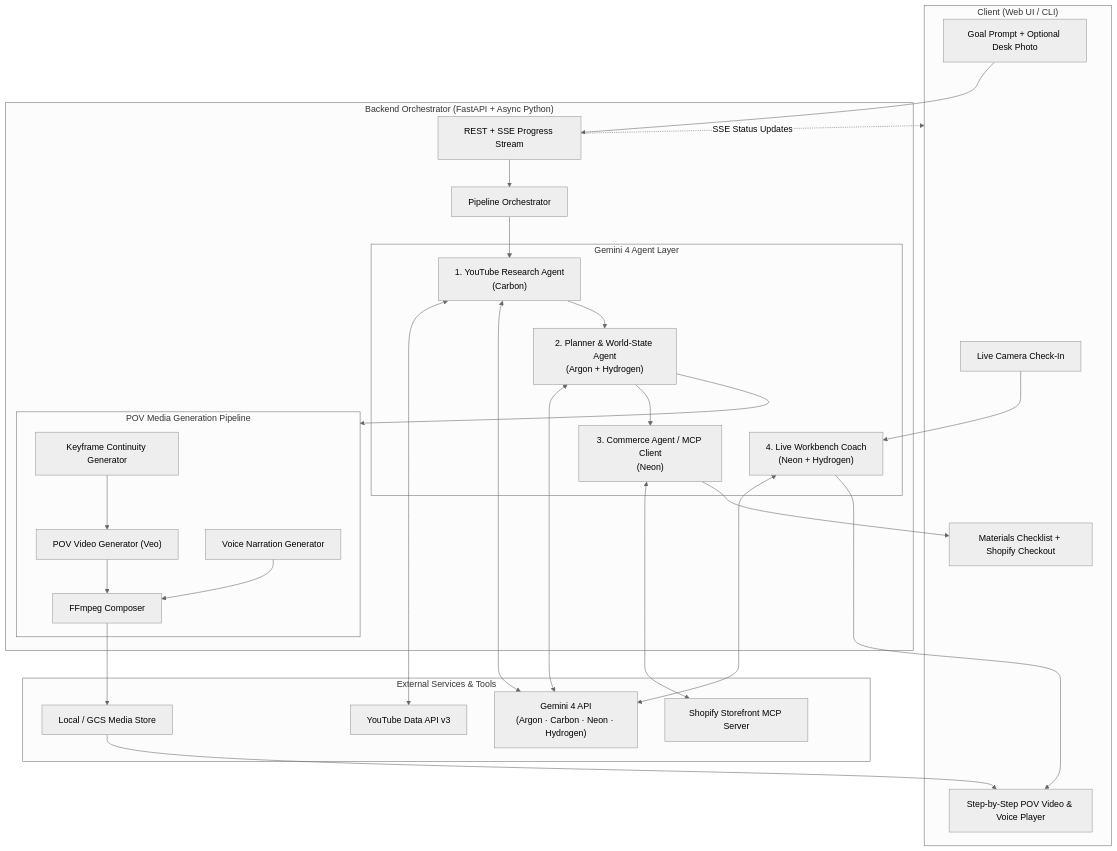
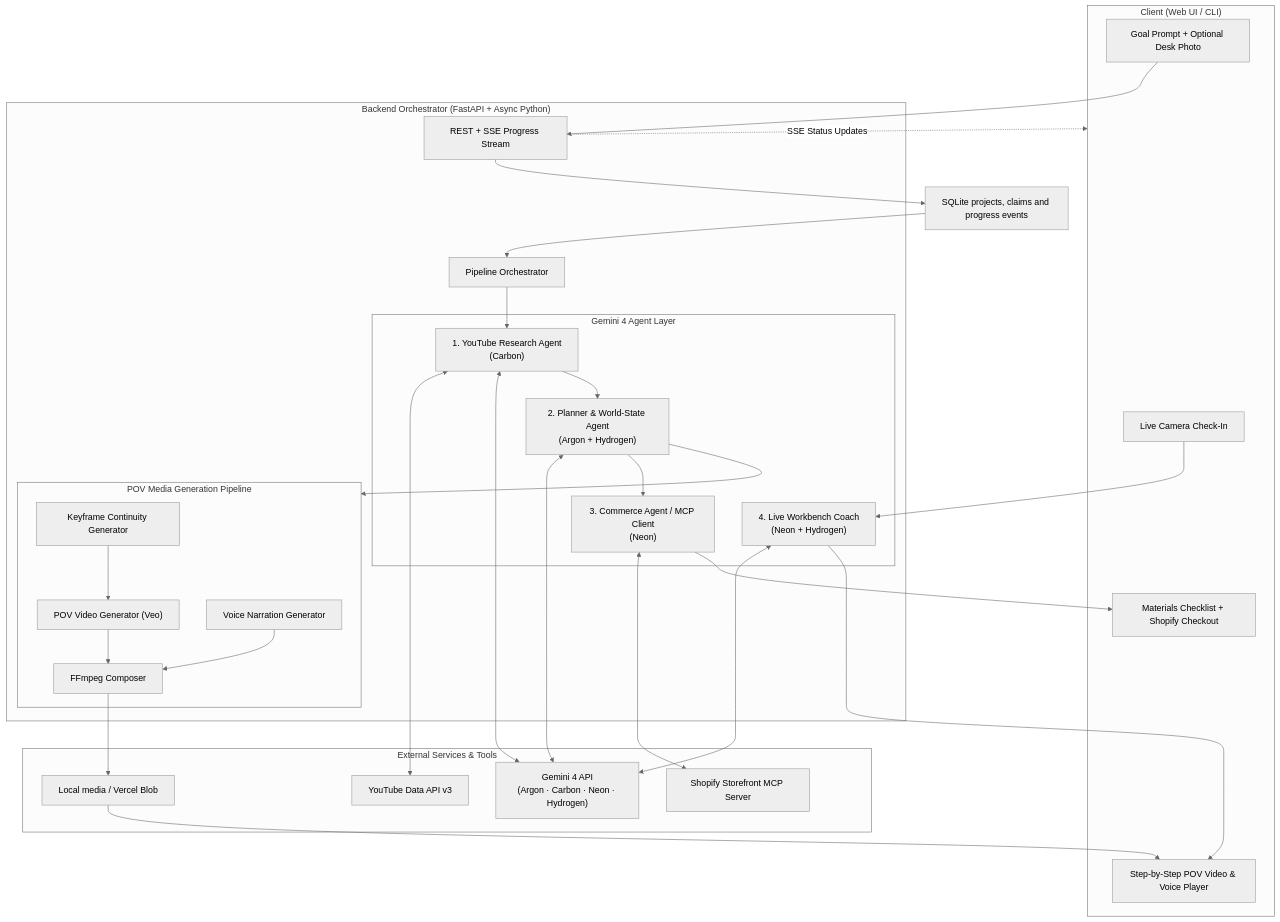
The first of 2 diagrams in ARCHITECTURE.md (lhnmx/nyc-gemini4-hack), drawn with Mermaid (neutral theme) before and after one commit. The commit also changed other lines of this file and 80 other files, not shown here.

````diff
--- a/ARCHITECTURE.md
+++ b/ARCHITECTURE.md
@@ -23,55 +27,56 @@
 ```mermaid
 flowchart TB
     subgraph Client["Client (Web UI / CLI)"]
         Input["Goal Prompt + Optional Desk Photo"]
         Checklist["Materials Checklist + Shopify Checkout"]
         Player["Step-by-Step POV Video & Voice Player"]
         Cam["Live Camera Check-In"]
     end
 
     subgraph Backend["Backend Orchestrator (FastAPI + Async Python)"]
         API["REST + SSE Progress Stream"]
         Orch["Pipeline Orchestrator"]
 
         subgraph Agents["Gemini 4 Agent Layer"]
             YT["1. YouTube Research Agent\n(Carbon)"]
             Plan["2. Planner & World-State Agent\n(Argon + Hydrogen)"]
             Shop["3. Commerce Agent / MCP Client\n(Neon)"]
             Coach["4. Live Workbench Coach\n(Neon + Hydrogen)"]
         end
 
         subgraph Media["POV Media Generation Pipeline"]
             KF["Keyframe Continuity Generator"]
             Vid["POV Video Generator (Veo)"]
             TTS["Voice Narration Generator"]
             Mux["FFmpeg Composer"]
         end
     end
 
     subgraph External["External Services & Tools"]
         YTAPI["YouTube Data API v3"]
         G4["Gemini 4 API\n(Argon · Carbon · Neon · Hydrogen)"]
         ShopifyMCP["Shopify Storefront MCP Server"]
-        Storage["Local / GCS Media Store"]
+        Storage["Local media / Vercel Blob"]
     end
 
-    Input --> API --> Orch
+    Jobs["SQLite projects, claims and progress events"]
+    Input --> API --> Jobs --> Orch
     Orch --> YT
     YT <--> YTAPI
     YT <--> G4
     YT --> Plan
     Plan <--> G4
 
     Plan --> Shop
     Shop <--> ShopifyMCP
     Shop --> Checklist
 
     Plan --> Media
     KF --> Vid --> Mux
     TTS --> Mux
     Mux --> Storage --> Player
 
     Cam --> Coach <--> G4
     Coach --> Player
     API -.->|SSE Status Updates| Client
 ```
````
